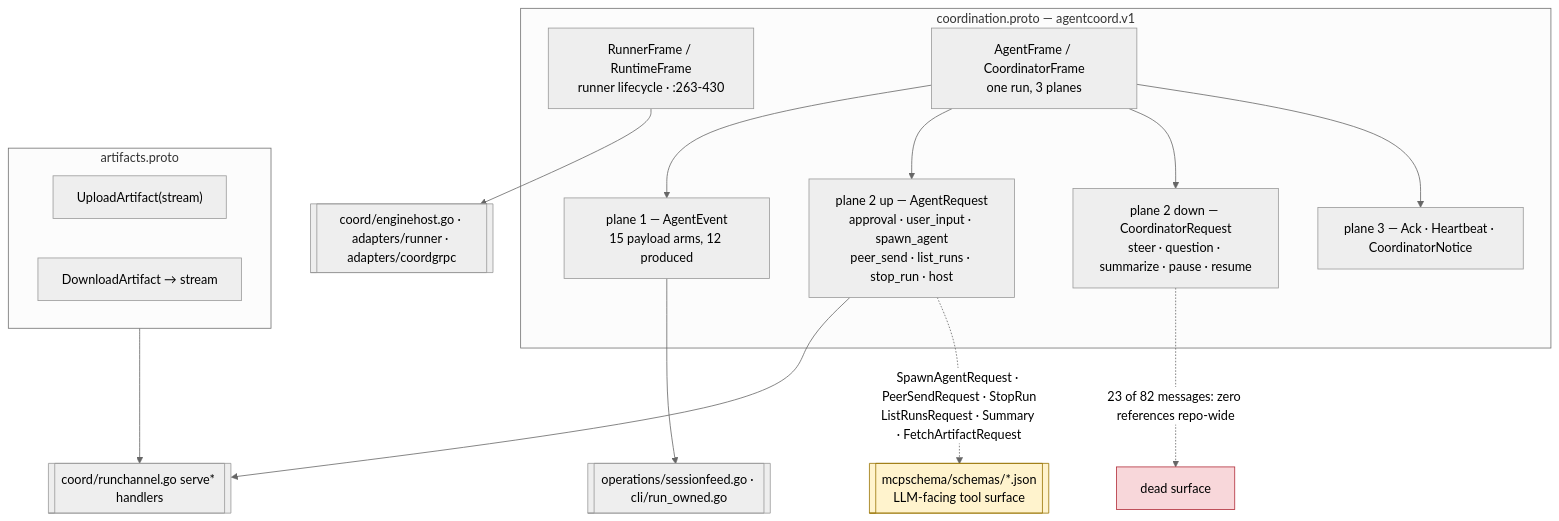
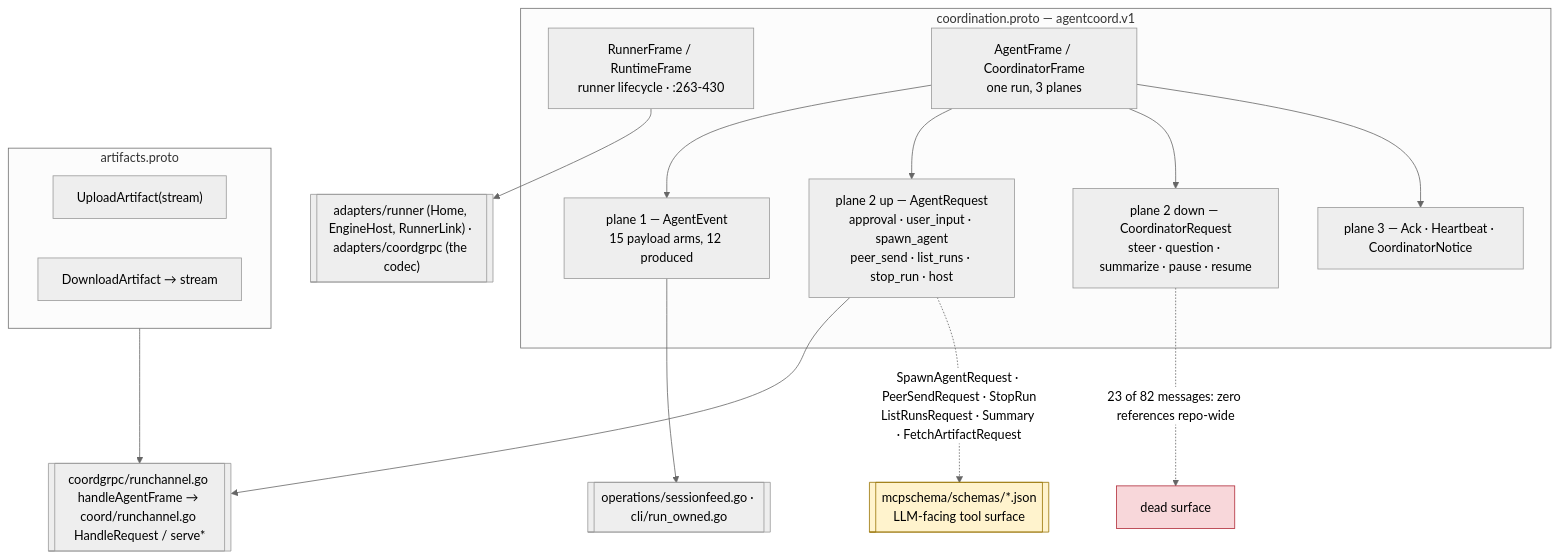
Before and after one commit to ctxloom/ctxloom: the diagram in docs/architecture/agentcoord/wire-contract.md, drawn with Mermaid (neutral theme). The commit also changed other lines of this file and 5 other files, not shown here.

First line of the commit message:
docs(arch): the package map, the bus and the agentcoord graphs at the landed state

````diff
--- a/docs/architecture/agentcoord/wire-contract.md
+++ b/docs/architecture/agentcoord/wire-contract.md
@@ -15,28 +15,28 @@
 ```mermaid
 flowchart TD
   subgraph Wire["coordination.proto — agentcoord.v1"]
     RF["RunnerFrame / RuntimeFrame<br/>runner lifecycle · :263-430"]
     AF["AgentFrame / CoordinatorFrame<br/>one run, 3 planes"]
     P1["plane 1 — AgentEvent<br/>15 payload arms, 12 produced"]
     P2U["plane 2 up — AgentRequest<br/>approval · user_input · spawn_agent<br/>peer_send · list_runs · stop_run · host"]
     P2D["plane 2 down — CoordinatorRequest<br/>steer · question · summarize · pause · resume"]
     P3["plane 3 — Ack · Heartbeat · CoordinatorNotice"]
     AF --> P1 & P2U & P2D & P3
   end
   subgraph Art["artifacts.proto"]
     UP["UploadArtifact(stream)"]
     DL["DownloadArtifact → stream"]
   end
   MCP[["mcpschema/schemas/*.json<br/>LLM-facing tool surface"]]
-  COORD[["coord/runchannel.go serve* handlers"]]
-  RUNNER[["coord/enginehost.go · adapters/runner · adapters/coordgrpc"]]
+  COORD[["coordgrpc/runchannel.go handleAgentFrame → coord/runchannel.go HandleRequest / serve*"]]
+  RUNNER[["adapters/runner (Home, EngineHost, RunnerLink) · adapters/coordgrpc (the codec)"]]
   VIEW[["operations/sessionfeed.go · cli/run_owned.go"]]
   P2U --> COORD
   P1 --> VIEW
   RF --> RUNNER
   Art --> COORD
   P2U -. "SpawnAgentRequest · PeerSendRequest · StopRun<br/>ListRunsRequest · Summary · FetchArtifactRequest" .-> MCP
   P2D -. "23 of 82 messages: zero references repo-wide" .-> DEAD["dead surface"]
   style DEAD fill:#f8d7da,stroke:#b02a37
   style MCP fill:#fff3cd,stroke:#997404
 ```
````
